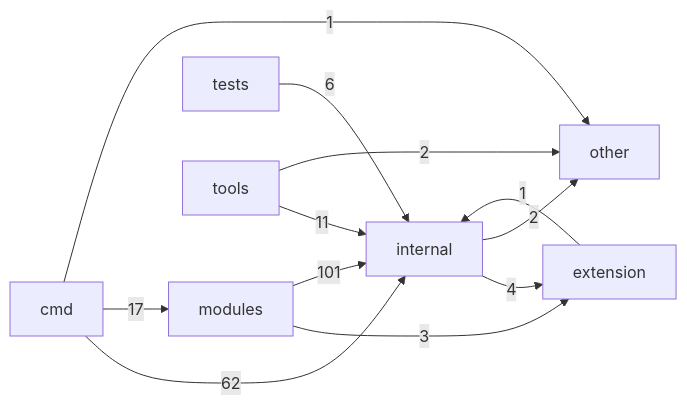
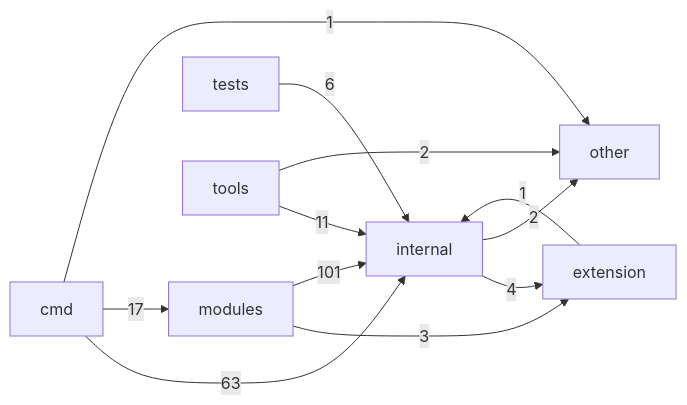
The diagram in docs/architecture/CODEMAP.md (hydrohq/hydrogo), drawn with Mermaid before and after one commit. The commit also changed other lines of this file and 62 other files, not shown here.

````diff
--- a/docs/architecture/CODEMAP.md
+++ b/docs/architecture/CODEMAP.md
@@ -24,14 +24,14 @@
 ```mermaid
 flowchart LR
-  cmd -->|62| internal
+  cmd -->|63| internal
   cmd -->|17| modules
   cmd -->|1| other
   extension -->|1| internal
   internal -->|4| extension
   internal -->|2| other
   modules -->|3| extension
   modules -->|101| internal
   tests -->|6| internal
   tools -->|11| internal
   tools -->|2| other
 ```
````
